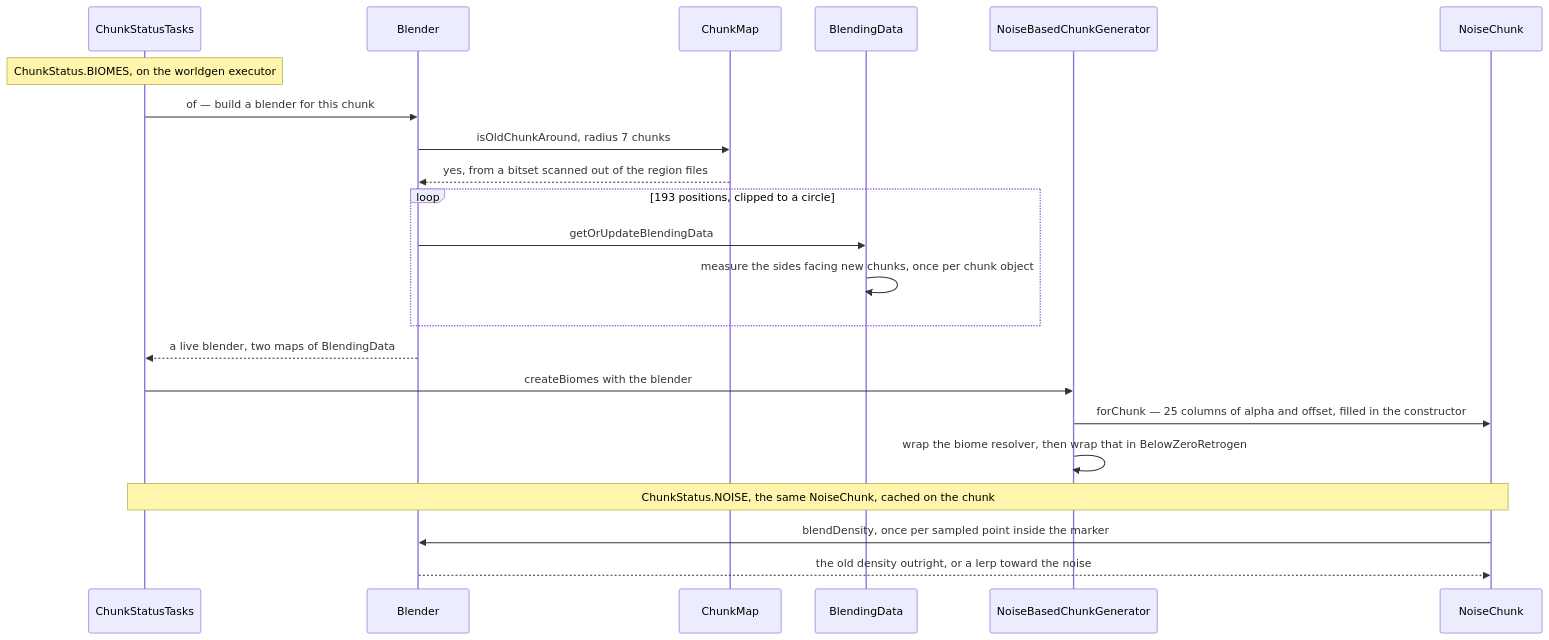
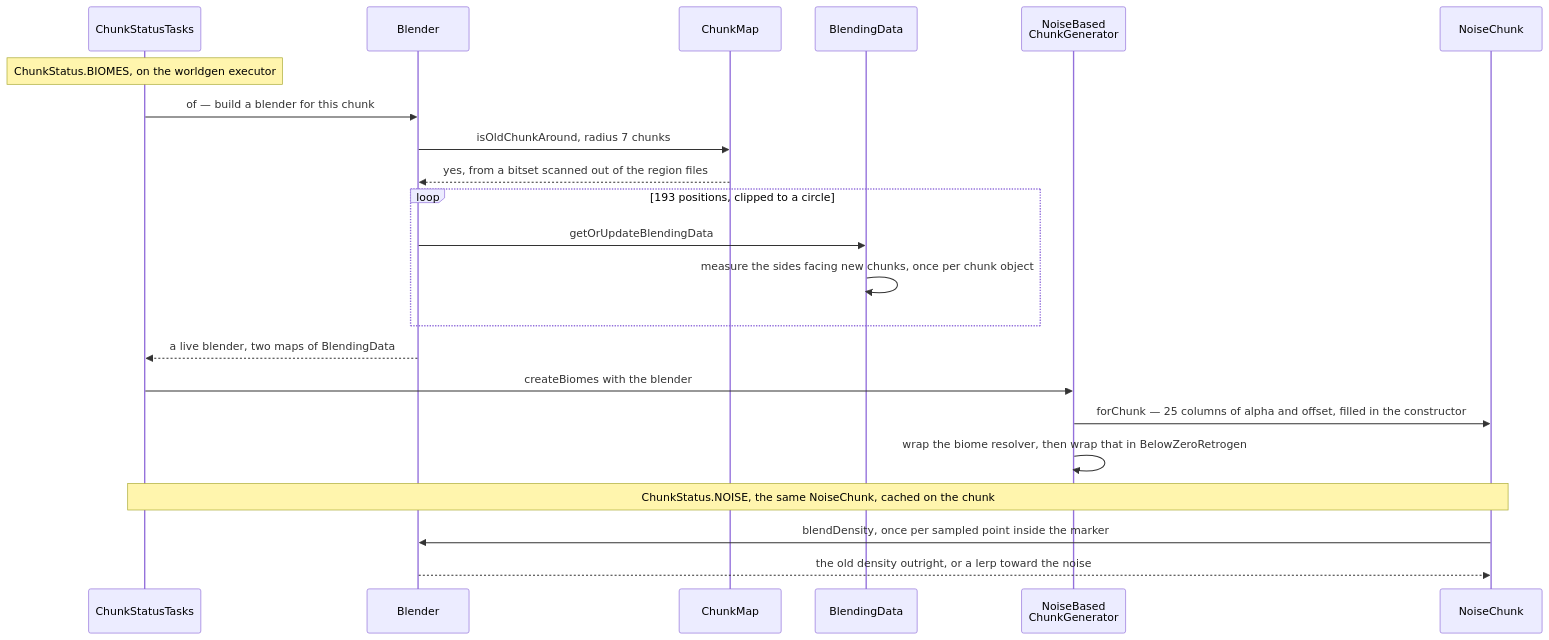
Before and after one commit to AlexanderjFraser/MinecraftDocs: the second of 2 diagrams in src/systems/worldgen/blending.md, drawn with Mermaid. The commit also changed 68 other files, not shown here.

````diff
--- a/src/systems/worldgen/blending.md
+++ b/src/systems/worldgen/blending.md
@@ -186,25 +186,25 @@
 ```mermaid
 sequenceDiagram
     participant CST as ChunkStatusTasks
     participant Blender as Blender
     participant CM as ChunkMap
     participant BD as BlendingData
-    participant NBC as NoiseBasedChunkGenerator
+    participant NBC as NoiseBased<br/>ChunkGenerator
     participant NC as NoiseChunk
 
     Note over CST: ChunkStatus.BIOMES, on the worldgen executor
     CST->>Blender: of — build a blender for this chunk
     Blender->>CM: isOldChunkAround, radius 7 chunks
     CM-->>Blender: yes, from a bitset scanned out of the region files
     loop 193 positions, clipped to a circle
         Blender->>BD: getOrUpdateBlendingData
         BD->>BD: measure the sides facing new chunks, once per chunk object
     end
     Blender-->>CST: a live blender, two maps of BlendingData
     CST->>NBC: createBiomes with the blender
     NBC->>NC: forChunk — 25 columns of alpha and offset, filled in the constructor
     NBC->>NBC: wrap the biome resolver, then wrap that in BelowZeroRetrogen
     Note over CST,NC: ChunkStatus.NOISE, the same NoiseChunk, cached on the chunk
     NC->>Blender: blendDensity, once per sampled point inside the marker
     Blender-->>NC: the old density outright, or a lerp toward the noise
 ```
````
